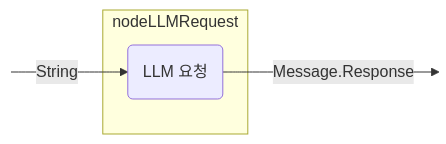
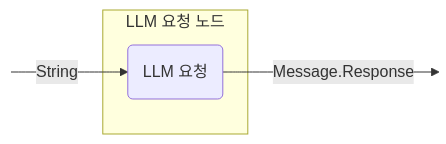
One commit to BinaryTape/Open-Docs changed the sixth of 15 diagrams in docs/ko/koog/nodes-and-components.md. Above: the diagram before and after it, drawn with Mermaid. The commit also changed other lines of this file and 164 other files, not shown here.

````diff
--- a/docs/ko/koog/nodes-and-components.md
+++ b/docs/ko/koog/nodes-and-components.md
@@ -291,13 +291,13 @@
 ```mermaid
 graph LR
     in:::hidden
     out:::hidden
     
-    subgraph node ["nodeLLMRequest"]
+    subgraph node ["LLM 요청 노드"]
         execute(LLM 요청)
     end
     
     in --String--> execute --Message.Response--> out
 
     classDef hidden display: none;
 ```
````
